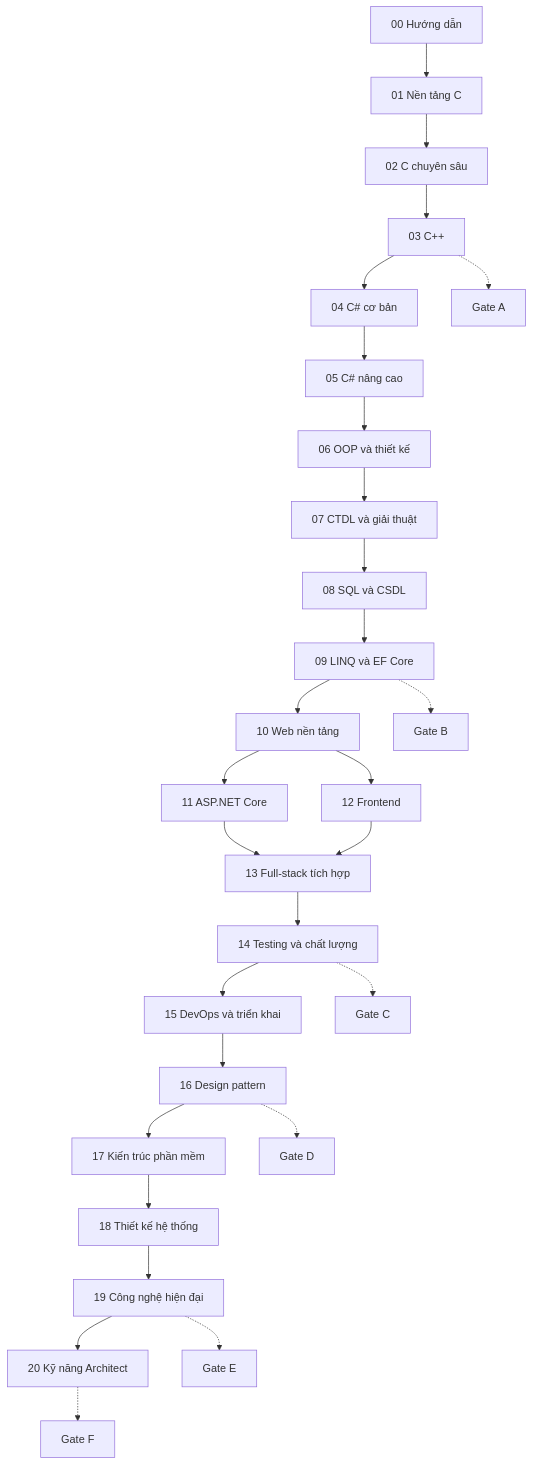
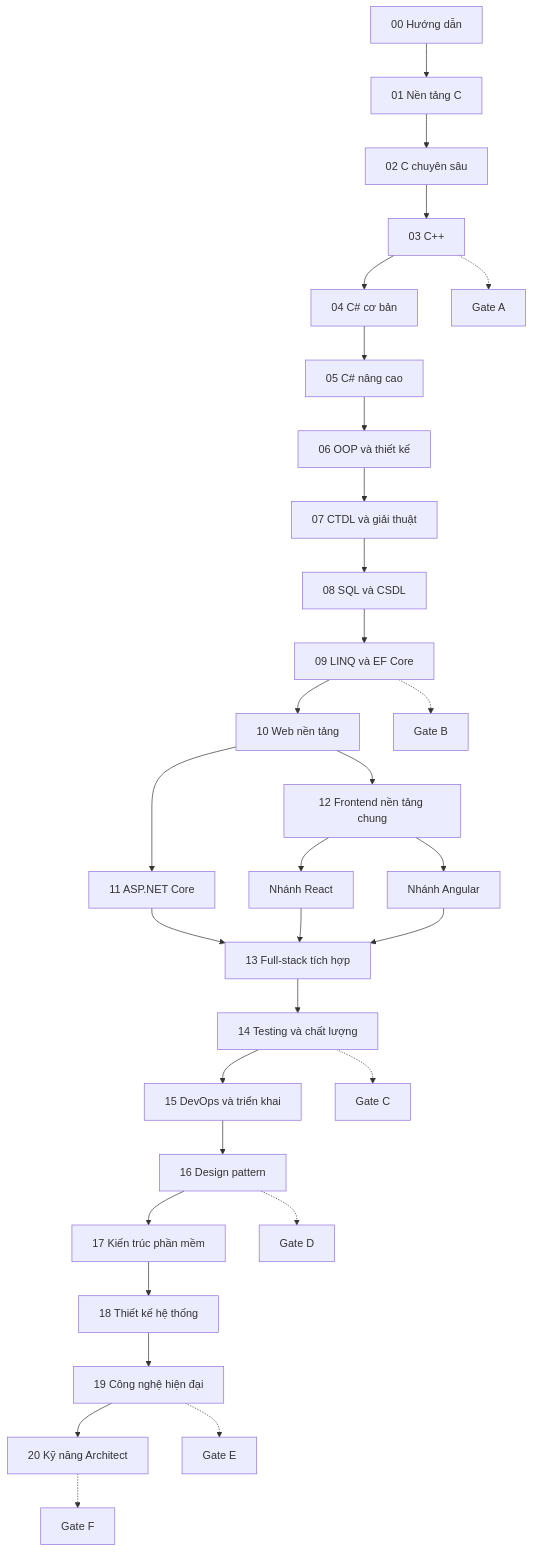
One commit to Xuanthanh-dzz/full-stack changed the diagram in fullstack-roadmap/00-huong-dan/roadmap.md. Above: the diagram before and after it, drawn with Mermaid. The commit also changed other lines of this file, not shown here.

Commit message:
docs(roadmap): branch frontend path into React or Angular

````diff
--- a/fullstack-roadmap/00-huong-dan/roadmap.md
+++ b/fullstack-roadmap/00-huong-dan/roadmap.md
@@ -38,31 +38,34 @@
 ```mermaid
 flowchart TD
     M00[00 Hướng dẫn] --> M01[01 Nền tảng C]
     M01 --> M02[02 C chuyên sâu]
     M02 --> M03[03 C++]
     M03 --> M04[04 C# cơ bản]
     M04 --> M05[05 C# nâng cao]
     M05 --> M06[06 OOP và thiết kế]
     M06 --> M07[07 CTDL và giải thuật]
     M07 --> M08[08 SQL và CSDL]
     M08 --> M09[09 LINQ và EF Core]
     M09 --> M10[10 Web nền tảng]
     M10 --> M11[11 ASP.NET Core]
-    M10 --> M12[12 Frontend]
+    M10 --> FE[12 Frontend nền tảng chung]
+    FE --> R[Nhánh React]
+    FE --> A[Nhánh Angular]
     M11 --> M13[13 Full-stack tích hợp]
-    M12 --> M13
+    R --> M13
+    A --> M13
     M13 --> M14[14 Testing và chất lượng]
     M14 --> M15[15 DevOps và triển khai]
     M15 --> M16[16 Design pattern]
     M16 --> M17[17 Kiến trúc phần mềm]
     M17 --> M18[18 Thiết kế hệ thống]
     M18 --> M19[19 Công nghệ hiện đại]
     M19 --> M20[20 Kỹ năng Architect]
 
     M03 -.-> GA[Gate A]
     M09 -.-> GB[Gate B]
     M14 -.-> GC[Gate C]
     M16 -.-> GD[Gate D]
     M19 -.-> GE[Gate E]
     M20 -.-> GF[Gate F]
 ```
````
